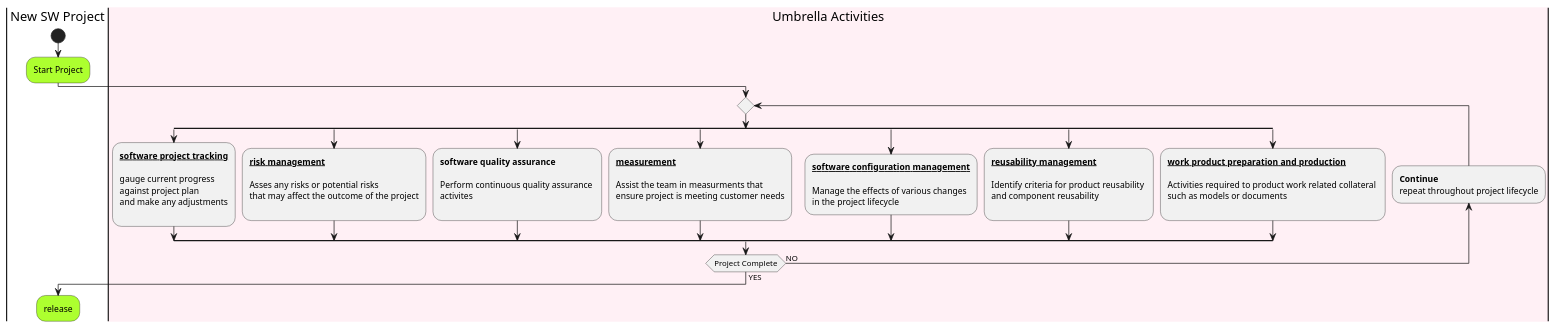
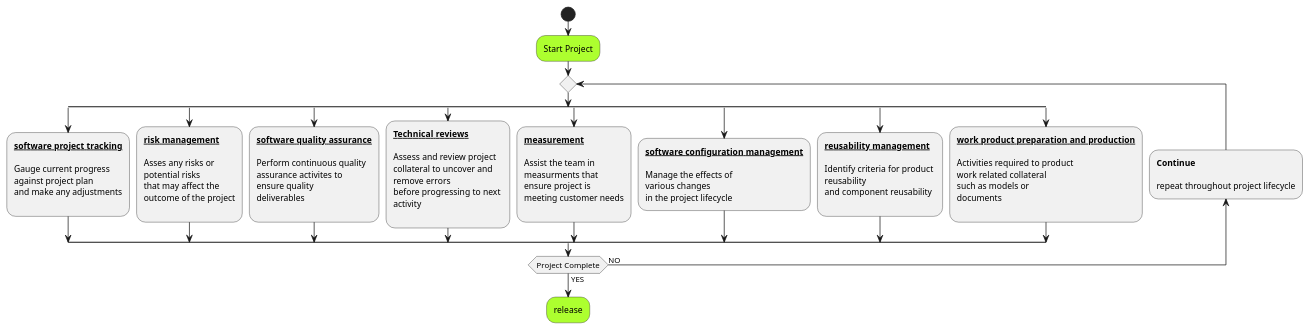
The diagram in M1/Umbrella.puml (KPZNet/CSC505), drawn with PlantUML before and after one commit.

```diff
--- a/M1/Umbrella.puml
+++ b/M1/Umbrella.puml
@@ -2,61 +2,77 @@
 @startuml UmbrellaActivities
-|New SW Project|
 
 start
 
 #GreenYellow:Start Project;
 
-|#LavenderBlush|Umbrella Activities|
 repeat
 
 split
   :**__software project tracking__**
 
-  gauge current progress
+  Gauge current progress
   against project plan
   and make any adjustments
   ;
 split again
   :**__risk management__**
 
-  Asses any risks or potential risks
-  that may affect the outcome of the project
+  Asses any risks or
+  potential risks
+  that may affect the
+  outcome of the project
   ;
 split again
-  :**software quality assurance**
+  :**__software quality assurance__**
   
-  Perform continuous quality assurance 
-  activites
+  Perform continuous quality
+  assurance activites to 
+  ensure quality 
+  deliverables
+  ;
+split again
+  :**__Technical reviews__**
+  
+  Assess and review project 
+  collateral to uncover and 
+  remove errors 
+  before progressing to next 
+  activity 
   ;
 split again
   :**__measurement__**
   
-  Assist the team in measurments that
-  ensure project is meeting customer needs
+  Assist the team in 
+  measurments that
+  ensure project is 
+  meeting customer needs
   ;
 split again
   :**__software configuration management__**
 
-  Manage the effects of various changes
+  Manage the effects of 
+  various changes
   in the project lifecycle;
 split again
   :**__reusability management__**
 
-  Identify criteria for product reusability 
+  Identify criteria for product 
+  reusability 
   and component reusability
   ;
 split again
   :**__work product preparation and production__**
 
-  Activities required to product work related collateral 
-  such as models or documents
+  Activities required to product 
+  work related collateral 
+  such as models or 
+  documents
   ;
 end split;
-backward :**Continue**\nrepeat throughout project lifecycle;
+backward :**Continue**\n\nrepeat throughout project lifecycle;
 
 repeatwhile (Project Complete) is (NO) not (YES)
-|New SW Project|
 
 #GreenYellow:release;
 
 @enduml
```
